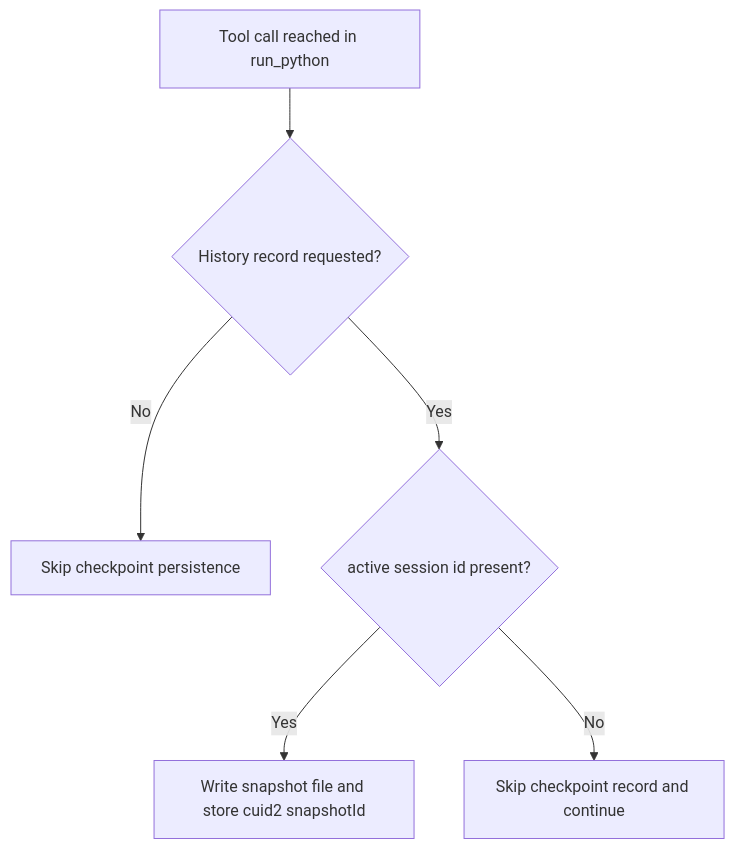
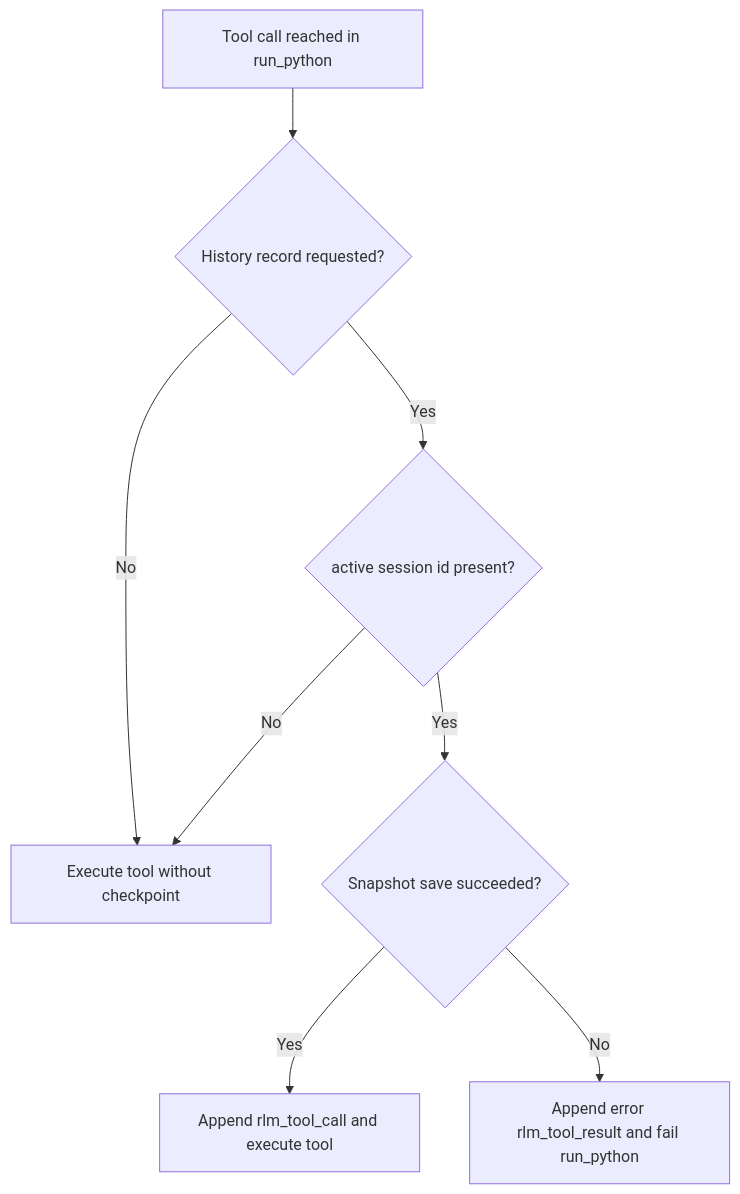
Before and after one commit to ex3ndr/daycare: the third of 3 diagrams in doc/internals/rlm-checkpointing.md, drawn with Mermaid. The commit also changed other lines of this file and 8 other files, not shown here.

Commit message:
fix(rlm): fail on checkpoint save and batch cleanup commits

````diff
--- a/doc/internals/rlm-checkpointing.md
+++ b/doc/internals/rlm-checkpointing.md
@@ -114,8 +114,10 @@
 ```mermaid
 flowchart TD
     A[Tool call reached in run_python] --> B{History record requested?}
-    B -->|No| C[Skip checkpoint persistence]
+    B -->|No| C[Execute tool without checkpoint]
     B -->|Yes| D{active session id present?}
-    D -->|Yes| E[Write snapshot file and store cuid2 snapshotId]
-    D -->|No| F[Skip checkpoint record and continue]
+    D -->|No| C
+    D -->|Yes| E{Snapshot save succeeded?}
+    E -->|Yes| F[Append rlm_tool_call and execute tool]
+    E -->|No| G[Append error rlm_tool_result and fail run_python]
 ```
````
